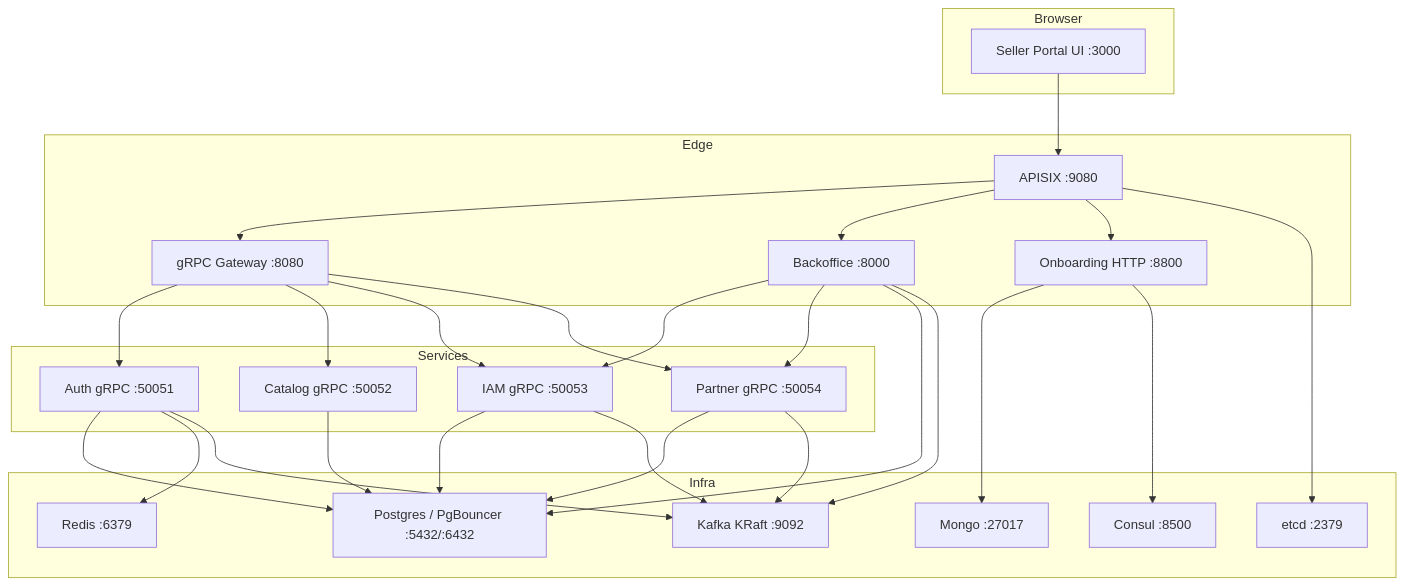
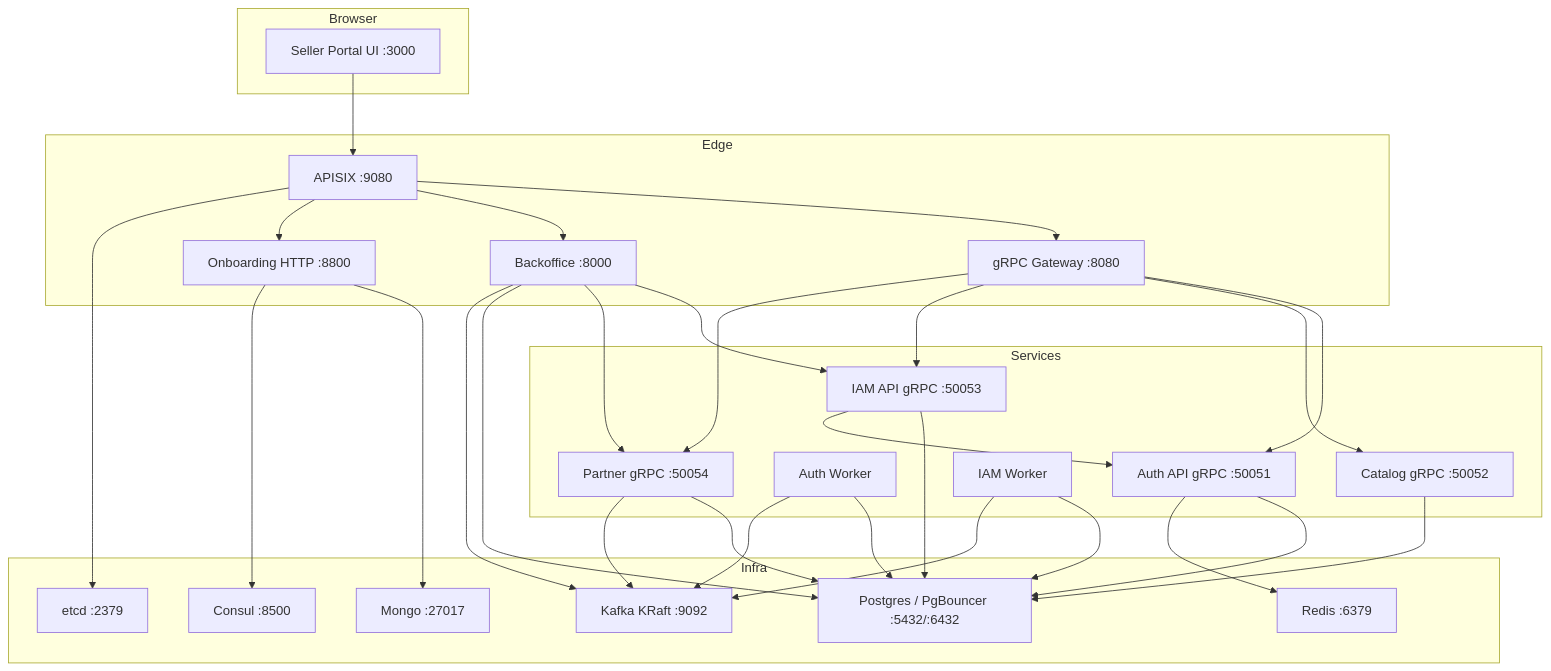
Before and after one commit to tuannm99/podzone: the first of 2 diagrams in docs/architecture/deployment.md, drawn with Mermaid. The commit also changed other lines of this file and 10 other files, not shown here.

Commit message:
refactor(vibe): auth/iam - split api and worker runtimes

````diff
--- a/docs/architecture/deployment.md
+++ b/docs/architecture/deployment.md
@@ -5,57 +5,62 @@
 ```mermaid
 flowchart TB
     subgraph Browser
         UI["Seller Portal UI :3000"]
     end
 
     subgraph Edge
         APISIX["APISIX :9080"]
         GRPCGW["gRPC Gateway :8080"]
         BO["Backoffice :8000"]
         ONB["Onboarding HTTP :8800"]
     end
 
     subgraph Services
-        AUTH["Auth gRPC :50051"]
+        AUTH["Auth API gRPC :50051"]
+        AUTHW["Auth Worker"]
         CATALOG["Catalog gRPC :50052"]
-        IAM["IAM gRPC :50053"]
+        IAM["IAM API gRPC :50053"]
+        IAMW["IAM Worker"]
         PARTNER["Partner gRPC :50054"]
     end
 
     subgraph Infra
         PG["Postgres / PgBouncer :5432/:6432"]
         REDIS["Redis :6379"]
         MONGO["Mongo :27017"]
         CONSUL["Consul :8500"]
         KAFKA["Kafka KRaft :9092"]
         ETCD["etcd :2379"]
     end
 
     UI --> APISIX
     APISIX --> GRPCGW
     APISIX --> BO
     APISIX --> ONB
 
     GRPCGW --> AUTH
     GRPCGW --> CATALOG
     GRPCGW --> IAM
     GRPCGW --> PARTNER
 
     BO --> IAM
     BO --> PARTNER
     BO --> PG
     BO --> KAFKA
 
     AUTH --> PG
     AUTH --> REDIS
-    AUTH --> KAFKA
+    AUTHW --> PG
+    AUTHW --> KAFKA
     IAM --> PG
-    IAM --> KAFKA
+    IAM --> AUTH
+    IAMW --> PG
+    IAMW --> KAFKA
     CATALOG --> PG
     PARTNER --> PG
     PARTNER --> KAFKA
     ONB --> MONGO
     ONB --> CONSUL
 
     APISIX --> ETCD
 ```
````
